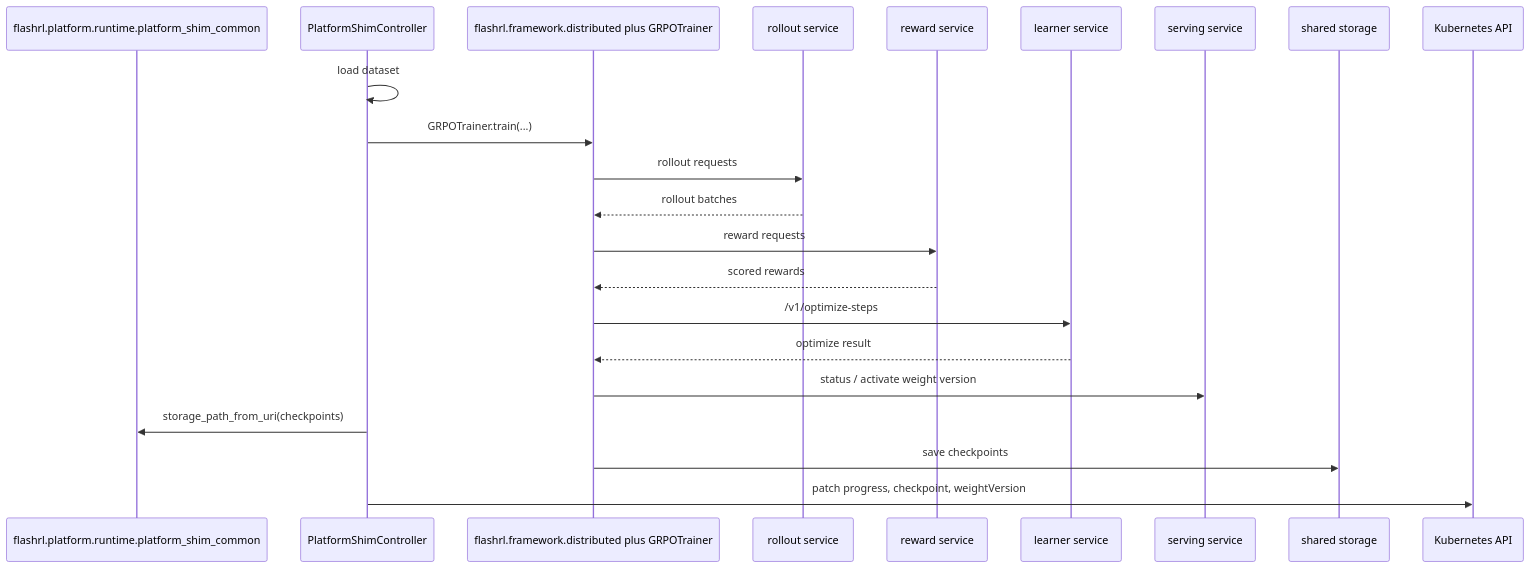
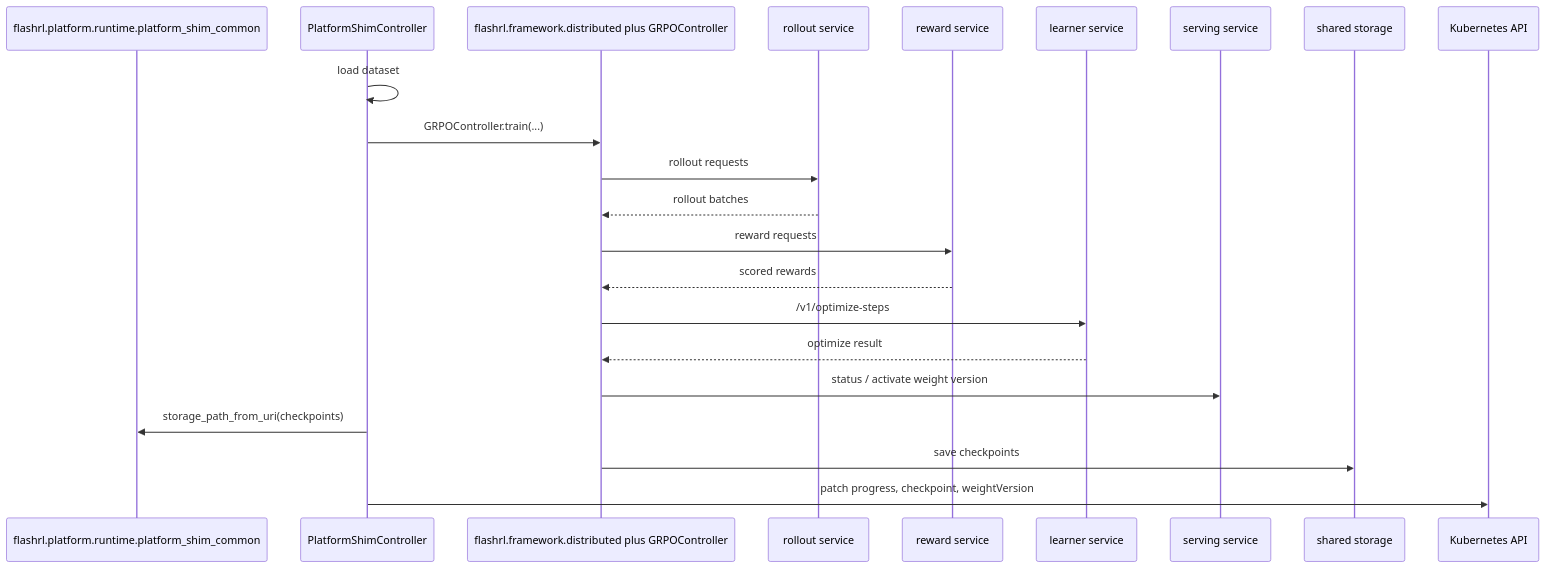
The fifth of 13 diagrams in docs/platform-architecture.md (lastweek/FlashRL), drawn with Mermaid before and after one commit. The commit also changed other lines of this file and 44 other files, not shown here.

````diff
--- a/docs/platform-architecture.md
+++ b/docs/platform-architecture.md
@@ -247,25 +247,25 @@
 ```mermaid
 sequenceDiagram
     participant PodContract as flashrl.platform.runtime.platform_shim_common
     participant Platform as PlatformShimController
-    participant Framework as flashrl.framework.distributed plus GRPOTrainer
+    participant Framework as flashrl.framework.distributed plus GRPOController
     participant Rollout as rollout service
     participant Reward as reward service
     participant Learner as learner service
     participant Serving as serving service
     participant Storage as shared storage
     participant API as Kubernetes API
 
     Platform->>Platform: load dataset
-    Platform->>Framework: GRPOTrainer.train(...)
+    Platform->>Framework: GRPOController.train(...)
     Framework->>Rollout: rollout requests
     Rollout-->>Framework: rollout batches
     Framework->>Reward: reward requests
     Reward-->>Framework: scored rewards
     Framework->>Learner: /v1/optimize-steps
     Learner-->>Framework: optimize result
     Framework->>Serving: status / activate weight version
     Platform->>PodContract: storage_path_from_uri(checkpoints)
     Framework->>Storage: save checkpoints
     Platform->>API: patch progress, checkpoint, weightVersion
 ```
````
